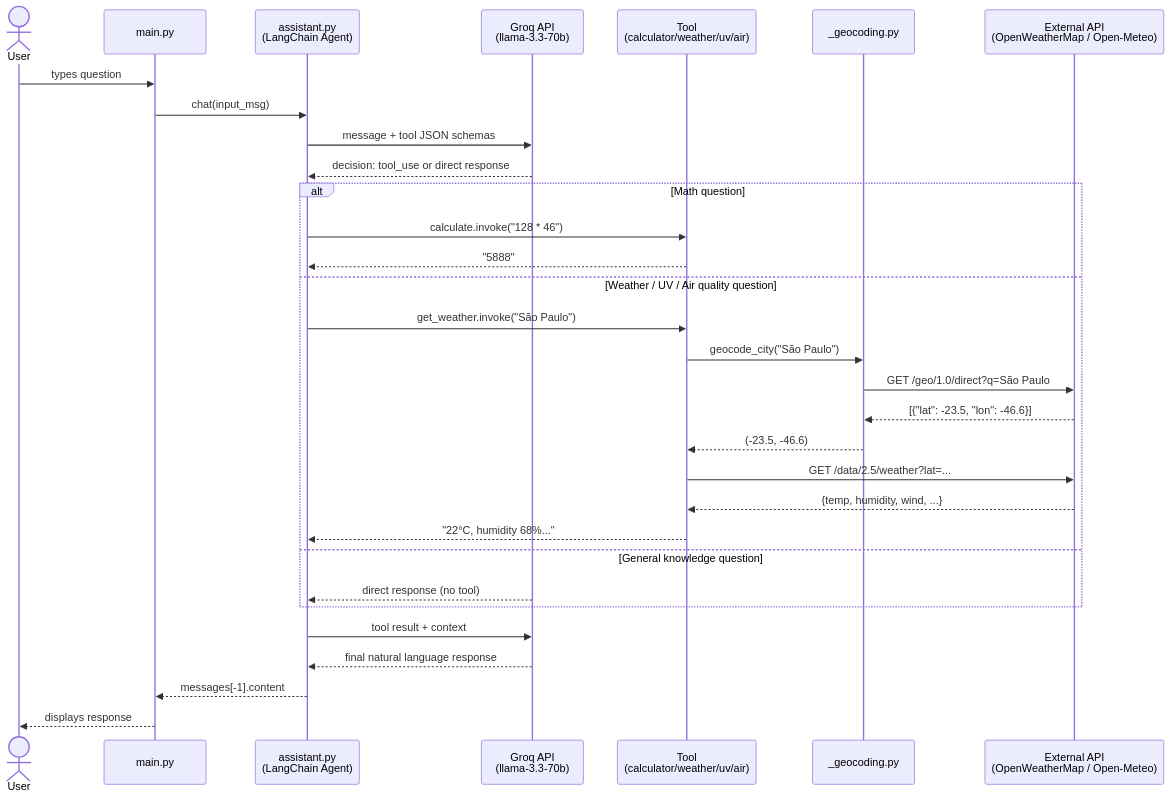
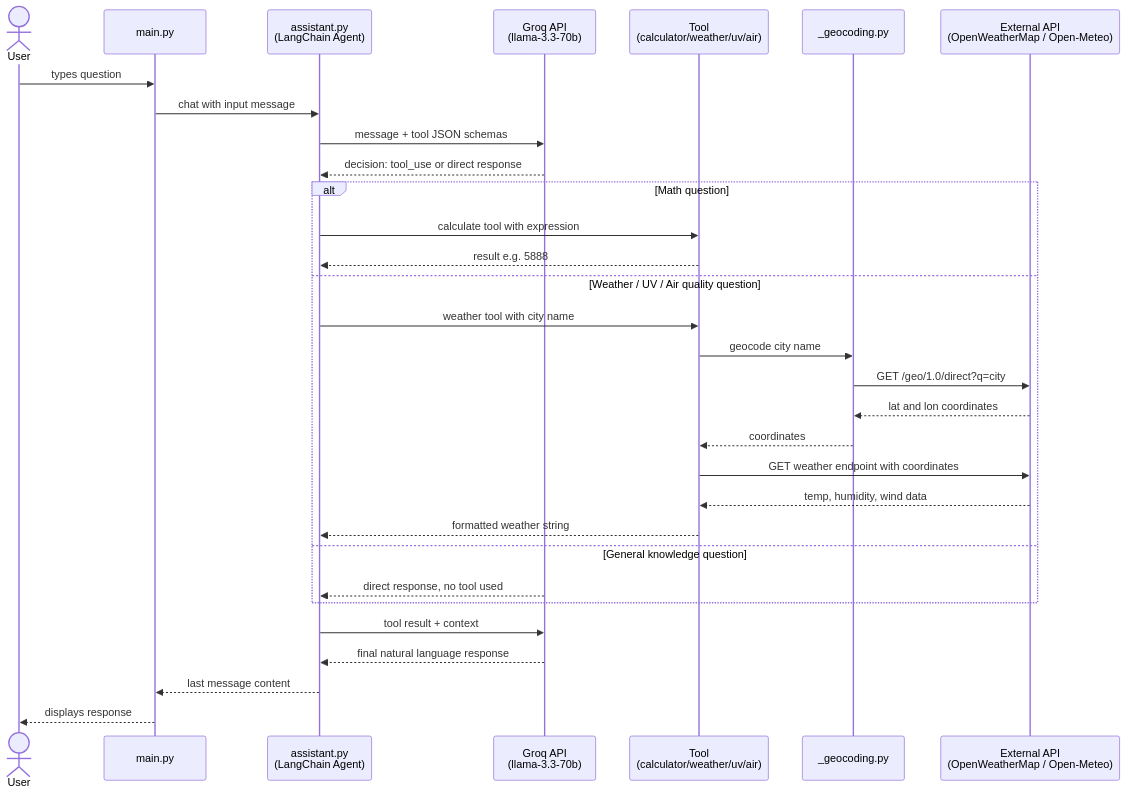
Before and after one commit to mavifiori/react-agent-tools: the second of 2 diagrams in README.md, drawn with Mermaid. The commit also changed other lines of this file, not shown here.

Commit message:
docs: add README with architecture diagrams, setup guide and implementation decisions

````diff
--- a/README.md
+++ b/README.md
@@ -137,36 +137,36 @@
 ```mermaid
 sequenceDiagram
     actor U as User
     participant M as main.py
     participant A as assistant.py<br/>(LangChain Agent)
     participant G as Groq API<br/>(llama-3.3-70b)
     participant T as Tool<br/>(calculator/weather/uv/air)
     participant GEO as _geocoding.py
     participant EXT as External API<br/>(OpenWeatherMap / Open-Meteo)
 
     U->>M: types question
-    M->>A: chat(input_msg)
+    M->>A: chat with input message
     A->>G: message + tool JSON schemas
     G-->>A: decision: tool_use or direct response
 
     alt Math question
-        A->>T: calculate.invoke("128 * 46")
-        T-->>A: "5888"
+        A->>T: calculate tool with expression
+        T-->>A: result e.g. 5888
     else Weather / UV / Air quality question
-        A->>T: get_weather.invoke("São Paulo")
-        T->>GEO: geocode_city("São Paulo")
-        GEO->>EXT: GET /geo/1.0/direct?q=São Paulo
-        EXT-->>GEO: [{"lat": -23.5, "lon": -46.6}]
-        GEO-->>T: (-23.5, -46.6)
-        T->>EXT: GET /data/2.5/weather?lat=...
-        EXT-->>T: {temp, humidity, wind, ...}
-        T-->>A: "22°C, humidity 68%..."
+        A->>T: weather tool with city name
+        T->>GEO: geocode city name
+        GEO->>EXT: GET /geo/1.0/direct?q=city
+        EXT-->>GEO: lat and lon coordinates
+        GEO-->>T: coordinates
+        T->>EXT: GET weather endpoint with coordinates
+        EXT-->>T: temp, humidity, wind data
+        T-->>A: formatted weather string
     else General knowledge question
-        G-->>A: direct response (no tool)
+        G-->>A: direct response, no tool used
     end
 
     A->>G: tool result + context
     G-->>A: final natural language response
-    A-->>M: messages[-1].content
+    A-->>M: last message content
     M-->>U: displays response
 ```
````
